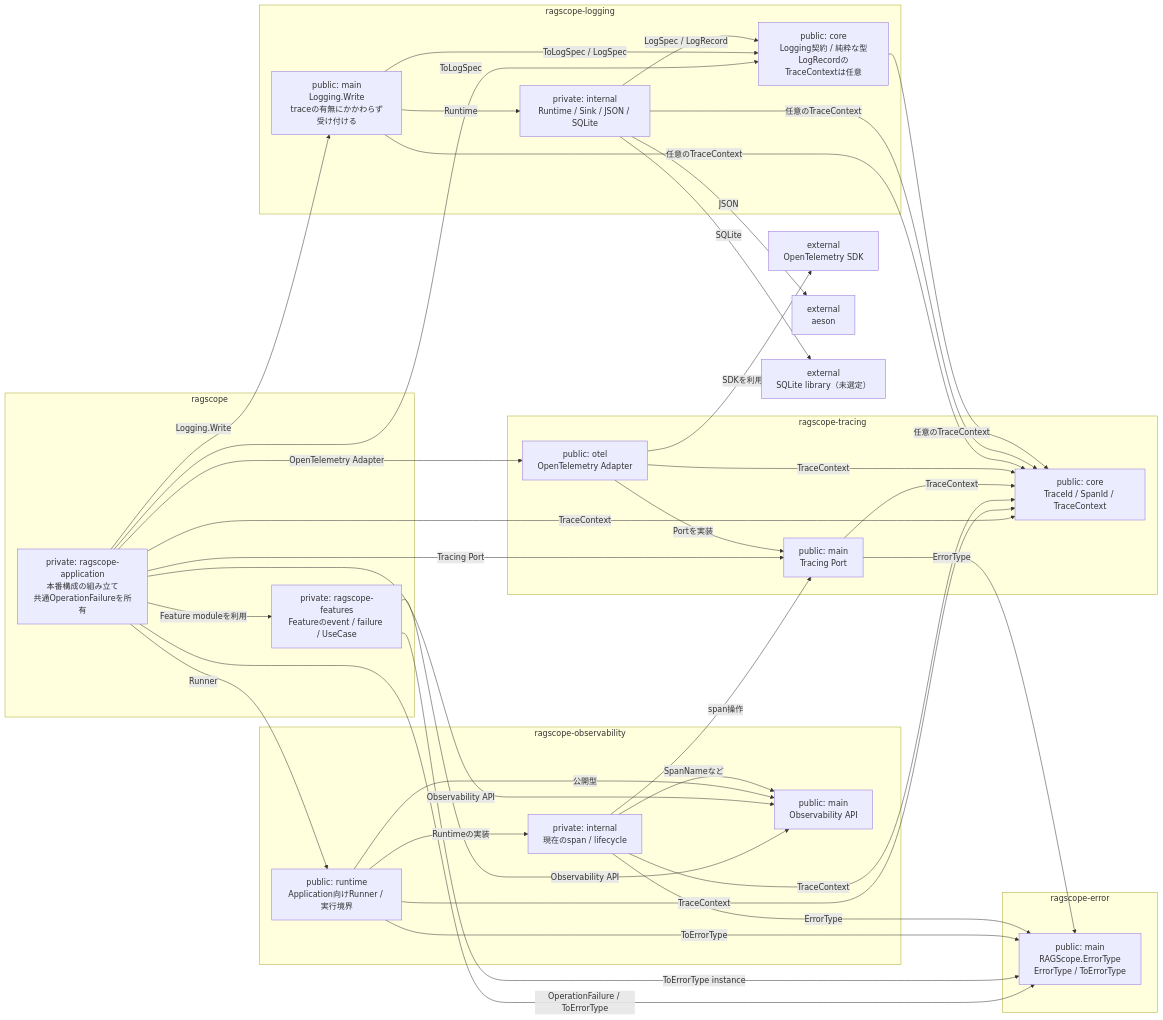
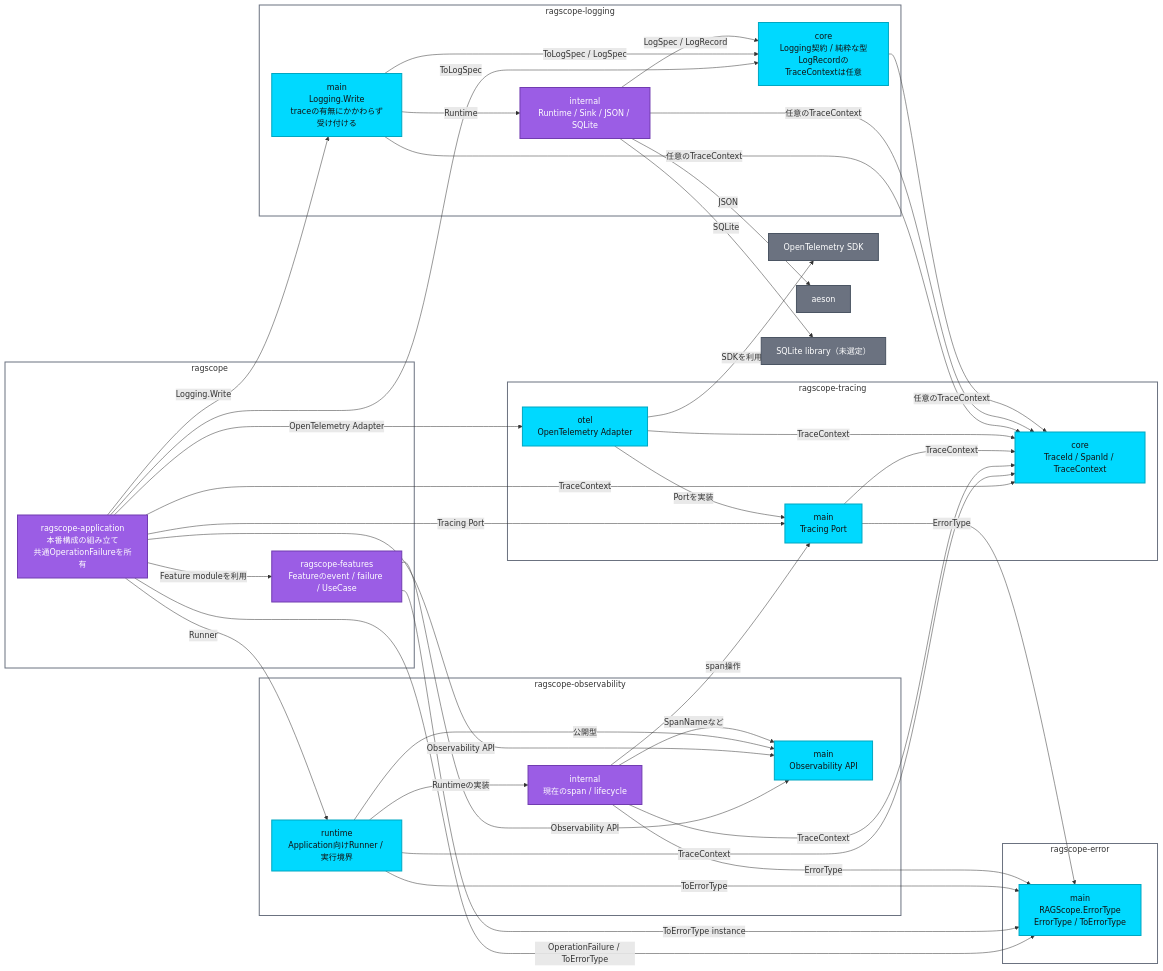
The diagram in Notes/RAGScope/RAGScopeアプリケーション/実行追跡・構造化ログ静的依存図.md (takashit16833/Workbench), drawn with Mermaid before and after one commit. The commit also changed other lines of this file, not shown here.

Commit message:
docs: restore dependency diagram color semantics

````diff
--- a/Notes/RAGScope/RAGScopeアプリケーション/実行追跡・構造化ログ静的依存図.md
+++ b/Notes/RAGScope/RAGScopeアプリケーション/実行追跡・構造化ログ静的依存図.md
@@ -23,35 +25,35 @@
 ```mermaid
 flowchart LR
     subgraph pkg_ragscope["ragscope"]
-        features["private: ragscope-features<br/>Featureのevent / failure / UseCase"]
-        application["private: ragscope-application<br/>本番構成の組み立て<br/>共通OperationFailureを所有"]
+        features["ragscope-features<br/>Featureのevent / failure / UseCase"]
+        application["ragscope-application<br/>本番構成の組み立て<br/>共通OperationFailureを所有"]
     end
 
     subgraph pkg_error["ragscope-error"]
-        error_main["public: main<br/>RAGScope.ErrorType<br/>ErrorType / ToErrorType"]
+        error_main["main<br/>RAGScope.ErrorType<br/>ErrorType / ToErrorType"]
     end
 
     subgraph pkg_obs["ragscope-observability"]
-        obs_main["public: main<br/>Observability API"]
-        obs_runtime["public: runtime<br/>Application向けRunner / 実行境界"]
-        obs_internal["private: internal<br/>現在のspan / lifecycle"]
+        obs_main["main<br/>Observability API"]
+        obs_runtime["runtime<br/>Application向けRunner / 実行境界"]
+        obs_internal["internal<br/>現在のspan / lifecycle"]
     end
 
     subgraph pkg_tracing["ragscope-tracing"]
-        trace_main["public: main<br/>Tracing Port"]
-        trace_otel["public: otel<br/>OpenTelemetry Adapter"]
-        trace_core["public: core<br/>TraceId / SpanId / TraceContext"]
+        trace_main["main<br/>Tracing Port"]
+        trace_otel["otel<br/>OpenTelemetry Adapter"]
+        trace_core["core<br/>TraceId / SpanId / TraceContext"]
     end
 
     subgraph pkg_logging["ragscope-logging"]
-        log_core["public: core<br/>Logging契約 / 純粋な型<br/>LogRecordのTraceContextは任意"]
-        log_main["public: main<br/>Logging.Write<br/>traceの有無にかかわらず受け付ける"]
-        log_internal["private: internal<br/>Runtime / Sink / JSON / SQLite"]
+        log_core["core<br/>Logging契約 / 純粋な型<br/>LogRecordのTraceContextは任意"]
+        log_main["main<br/>Logging.Write<br/>traceの有無にかかわらず受け付ける"]
+        log_internal["internal<br/>Runtime / Sink / JSON / SQLite"]
     end
 
-    otel_sdk["external<br/>OpenTelemetry SDK"]
-    aeson["external<br/>aeson"]
-    sqlite_lib["external<br/>SQLite library（未選定）"]
+    otel_sdk["OpenTelemetry SDK"]
+    aeson["aeson"]
+    sqlite_lib["SQLite library（未選定）"]
 
     application -->|Feature moduleを利用| features
     application -->|OperationFailure / ToErrorType| error_main
@@ -90,4 +92,18 @@
     log_internal -->|JSON| aeson
     log_internal -->|SQLite| sqlite_lib
     log_core -->|任意のTraceContext| trace_core
+
+    classDef public fill:#00D9FF,stroke:#00A7C2,color:#111111,stroke-width:2px
+    classDef private fill:#9B5DE5,stroke:#713CB0,color:#FFFFFF,stroke-width:2px
+    classDef external fill:#6B7280,stroke:#4B5563,color:#FFFFFF,stroke-width:2px
+
+    class error_main,obs_main,obs_runtime,trace_main,trace_otel,trace_core,log_core,log_main public
+    class features,application,obs_internal,log_internal private
+    class otel_sdk,aeson,sqlite_lib external
+
+    style pkg_ragscope fill:transparent,stroke:#6B7280,stroke-width:2px
+    style pkg_error fill:transparent,stroke:#6B7280,stroke-width:2px
+    style pkg_obs fill:transparent,stroke:#6B7280,stroke-width:2px
+    style pkg_tracing fill:transparent,stroke:#6B7280,stroke-width:2px
+    style pkg_logging fill:transparent,stroke:#6B7280,stroke-width:2px
 ```
````
